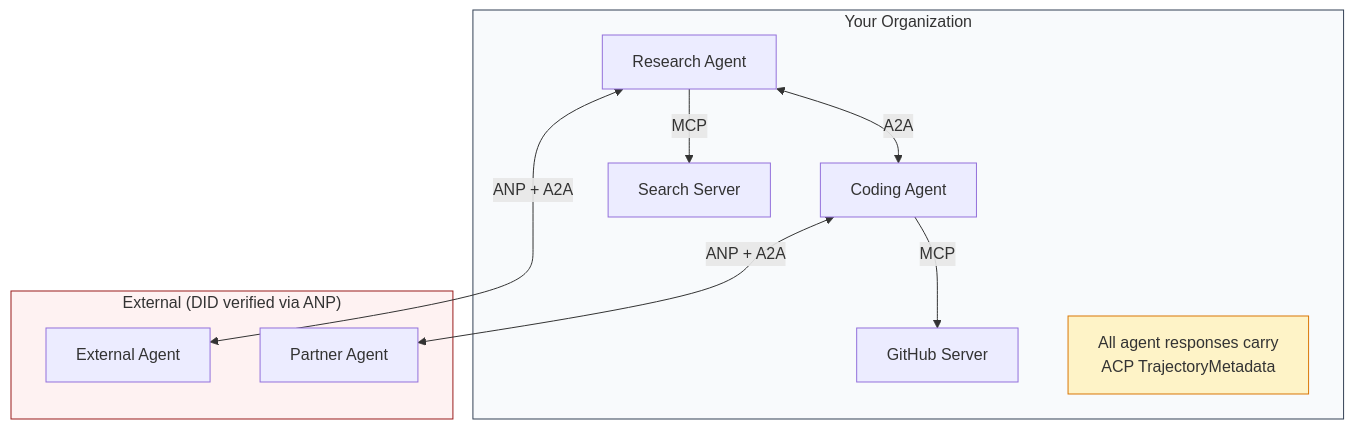
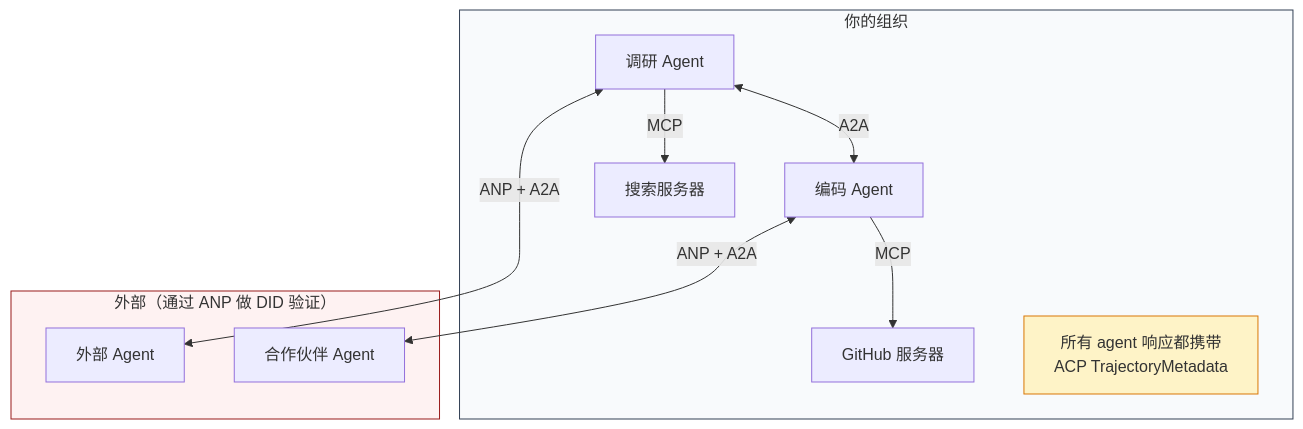
Before and after one commit to alessandrodinisio-ai/ai-engineering-learning-framework: diagram 11 of 13 in phases/16-multi-agent-and-swarms/03-communication-protocols/docs/zh.md, drawn with Mermaid. The commit also changed other lines of this file and 120 other files, not shown here.

First line of the commit message:
i18n(mermaid): 337 个 mermaid 图表标签中文化

````diff
--- a/phases/16-multi-agent-and-swarms/03-communication-protocols/docs/zh.md
+++ b/phases/16-multi-agent-and-swarms/03-communication-protocols/docs/zh.md
@@ -576,21 +576,21 @@
 ```mermaid
 graph TB
-    subgraph org["Your Organization"]
-        RA[Research Agent] <-->|A2A| CA[Coding Agent]
-        RA -->|MCP| SS[Search Server]
-        CA -->|MCP| GS[GitHub Server]
-        AUDIT["All agent responses carry<br/>ACP TrajectoryMetadata"]
+    subgraph org["你的组织"]
+        RA[调研 Agent] <-->|A2A| CA[编码 Agent]
+        RA -->|MCP| SS[搜索服务器]
+        CA -->|MCP| GS[GitHub 服务器]
+        AUDIT["所有 agent 响应都携带<br/>ACP TrajectoryMetadata"]
     end
 
-    subgraph ext["External (DID verified via ANP)"]
-        EA[External Agent]
-        PA[Partner Agent]
+    subgraph ext["外部（通过 ANP 做 DID 验证）"]
+        EA[外部 Agent]
+        PA[合作伙伴 Agent]
     end
 
     RA <-->|ANP + A2A| EA
     CA <-->|ANP + A2A| PA
 
     style org fill:#f8fafc,stroke:#334155
     style ext fill:#fef2f2,stroke:#991b1b
     style AUDIT fill:#fef3c7,stroke:#d97706
 ```
````
